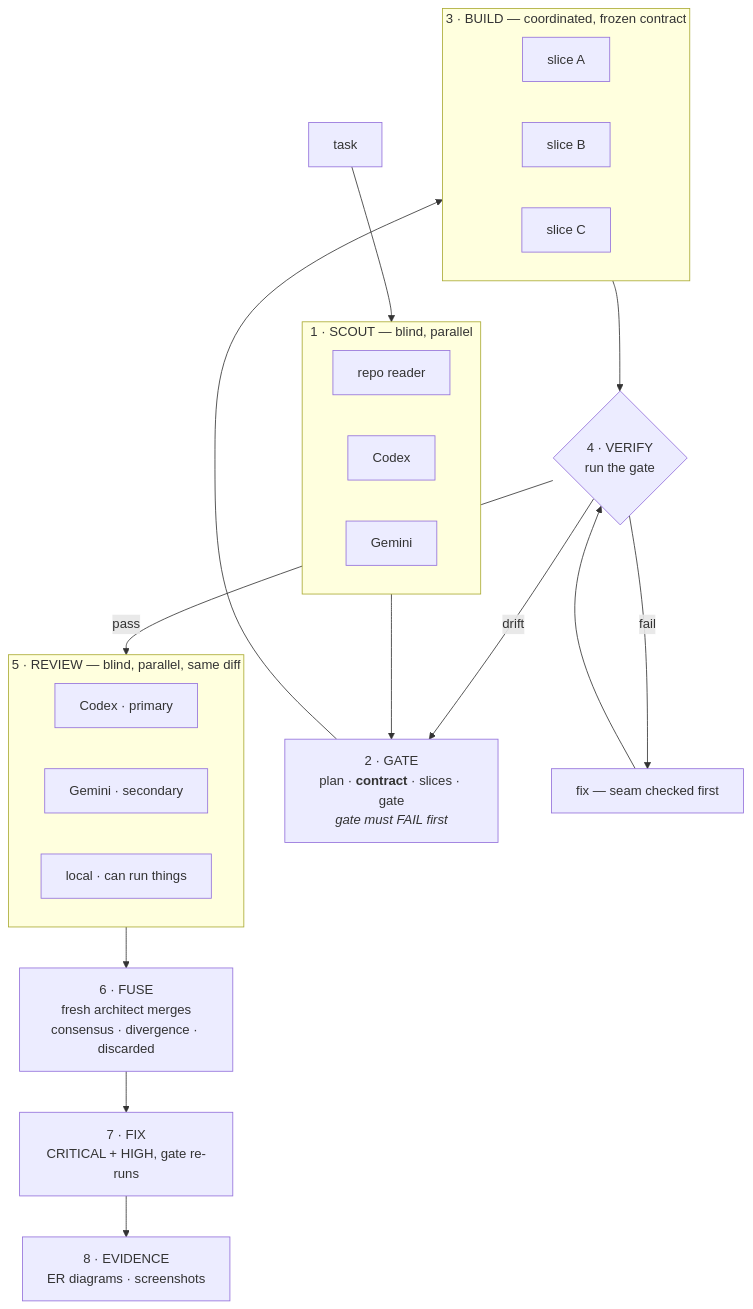
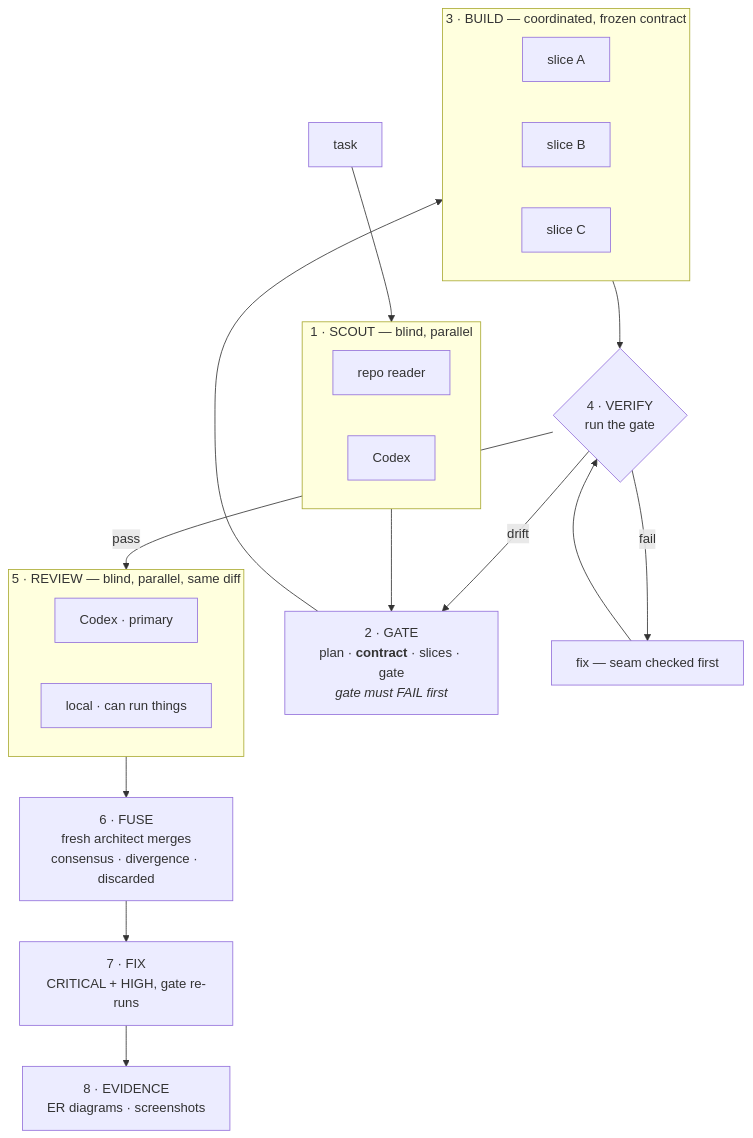
The third of 4 diagrams in README.md (heytulsiprasad/agent-fusion), drawn with Mermaid before and after one commit. The commit also changed other lines of this file and 7 other files, not shown here.

````diff
--- a/README.md
+++ b/README.md
@@ -78,34 +78,32 @@
 ```mermaid
 flowchart TD
   T["task"] --> S
 
   subgraph S["1 · SCOUT — blind, parallel"]
     S1["repo reader"]
     S2["Codex"]
-    S3["Gemini"]
   end
 
   S --> G["2 · GATE<br/>plan · <b>contract</b> · slices · gate<br/><i>gate must FAIL first</i>"]
 
   G --> B
   subgraph B["3 · BUILD — coordinated, frozen contract"]
     B1["slice A"]
     B2["slice B"]
     B3["slice C"]
   end
 
   B --> V{"4 · VERIFY<br/>run the gate"}
   V -->|"fail"| F["fix — seam checked first"] --> V
   V -->|"drift"| G
   V -->|"pass"| R
 
   subgraph R["5 · REVIEW — blind, parallel, same diff"]
     R1["Codex · primary"]
-    R2["Gemini · secondary"]
     R3["local · can run things"]
   end
 
   R --> M["6 · FUSE<br/>fresh architect merges<br/>consensus · divergence · discarded"]
   M --> X["7 · FIX<br/>CRITICAL + HIGH, gate re-runs"]
   X --> E["8 · EVIDENCE<br/>ER diagrams · screenshots"]
 ```
````
